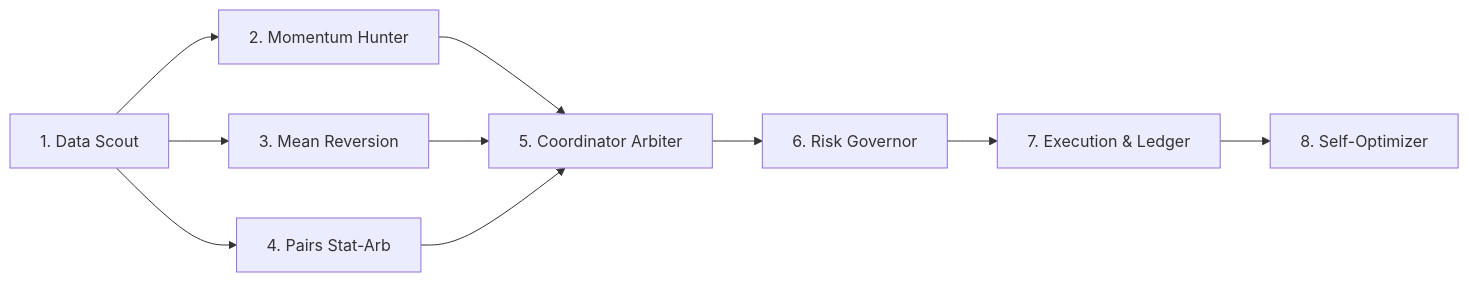
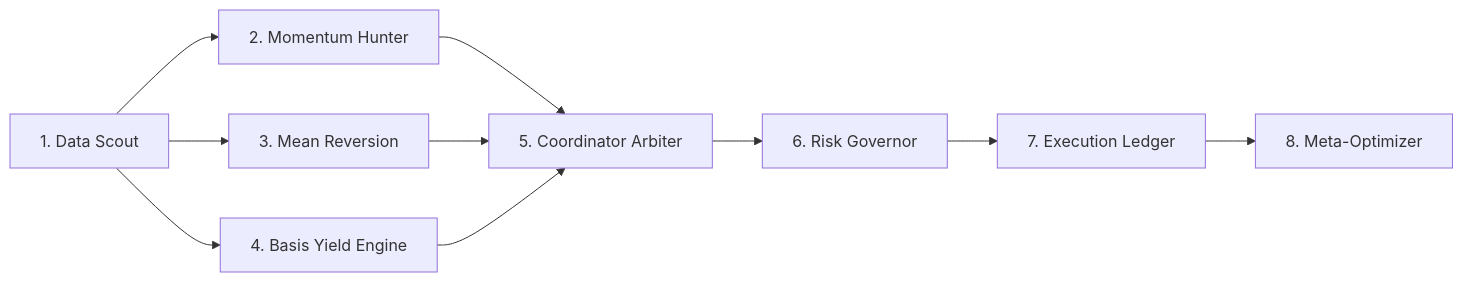
The first of 2 diagrams in PRESENTATION.md (iShmuel/web4-trading-agent), drawn with Mermaid before and after one commit. The commit also changed other lines of this file and 2 other files, not shown here.

````diff
--- a/PRESENTATION.md
+++ b/PRESENTATION.md
@@ -112,12 +216,12 @@
 ```mermaid
 flowchart LR
-    A[1. Data Scout] --> B[2. Momentum Hunter]
-    A --> C[3. Mean Reversion]
-    A --> D[4. Pairs Stat-Arb]
-    B --> E[5. Coordinator Arbiter]
+    A["1. Data Scout"] --> B["2. Momentum Hunter"]
+    A --> C["3. Mean Reversion"]
+    A --> D["4. Basis Yield Engine"]
+    B --> E["5. Coordinator Arbiter"]
     C --> E
     D --> E
-    E --> F[6. Risk Governor]
-    F --> G[7. Execution & Ledger]
-    G --> H[8. Self-Optimizer]
+    E --> F["6. Risk Governor"]
+    F --> G["7. Execution Ledger"]
+    G --> H["8. Meta-Optimizer"]
 ```
````
